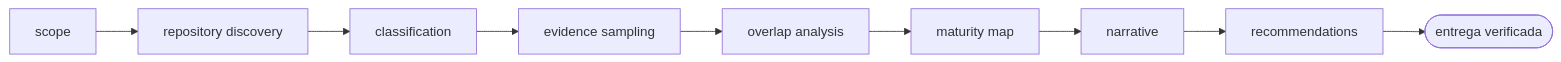
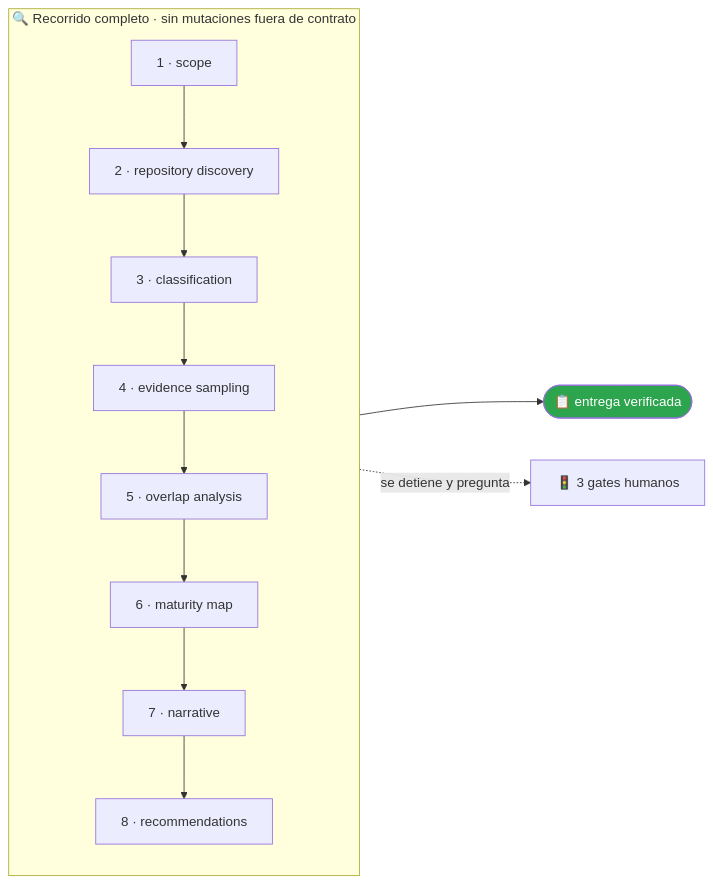
The second of 2 diagrams in agents/portfolio-curator-agent/README.md (vladimiracunadev-create/operational-ai-agents), drawn with Mermaid before and after one commit. The commit also changed other lines of this file and 60 other files, not shown here.

````diff
--- a/agents/portfolio-curator-agent/README.md
+++ b/agents/portfolio-curator-agent/README.md
@@ -72,19 +127,24 @@
 ```mermaid
 flowchart LR
-    p1["scope"]
-    p2["repository discovery"]
-    p3["classification"]
-    p4["evidence sampling"]
-    p5["overlap analysis"]
-    p6["maturity map"]
-    p7["narrative"]
-    p8["recommendations"]
-    p1 --> p2
-    p2 --> p3
-    p3 --> p4
-    p4 --> p5
-    p5 --> p6
-    p6 --> p7
-    p7 --> p8
-    p8 --> done(["entrega verificada"])
+    subgraph A["🔍 Recorrido completo · sin mutaciones fuera de contrato"]
+        direction TB
+        p1["1 · scope"]
+        p2["2 · repository discovery"]
+        p3["3 · classification"]
+        p4["4 · evidence sampling"]
+        p5["5 · overlap analysis"]
+        p6["6 · maturity map"]
+        p7["7 · narrative"]
+        p8["8 · recommendations"]
+        p1 --> p2
+        p2 --> p3
+        p3 --> p4
+        p4 --> p5
+        p5 --> p6
+        p6 --> p7
+        p7 --> p8
+    end
+    A --> FIN(["📋 entrega verificada"])
+    A -.->|"se detiene y pregunta"| G["🚦 3 gates humanos"]
+    style FIN fill:#2da44e,color:#fff
 ```
````
